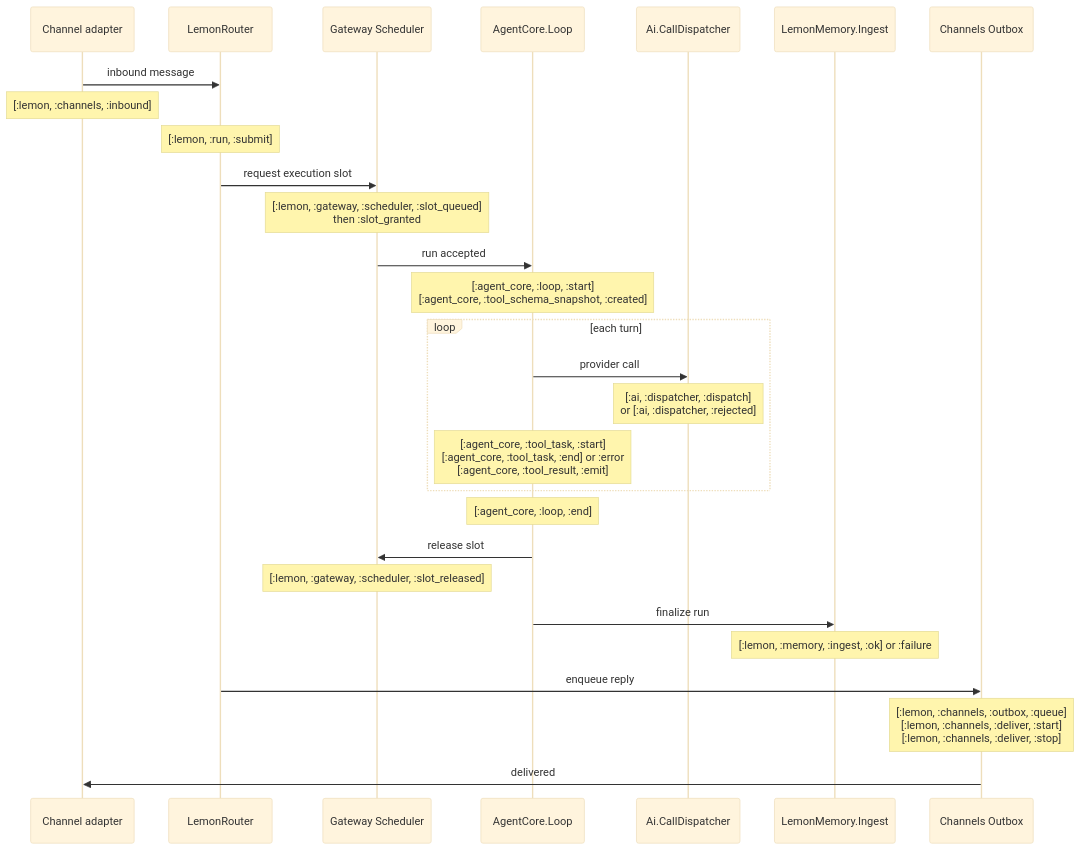
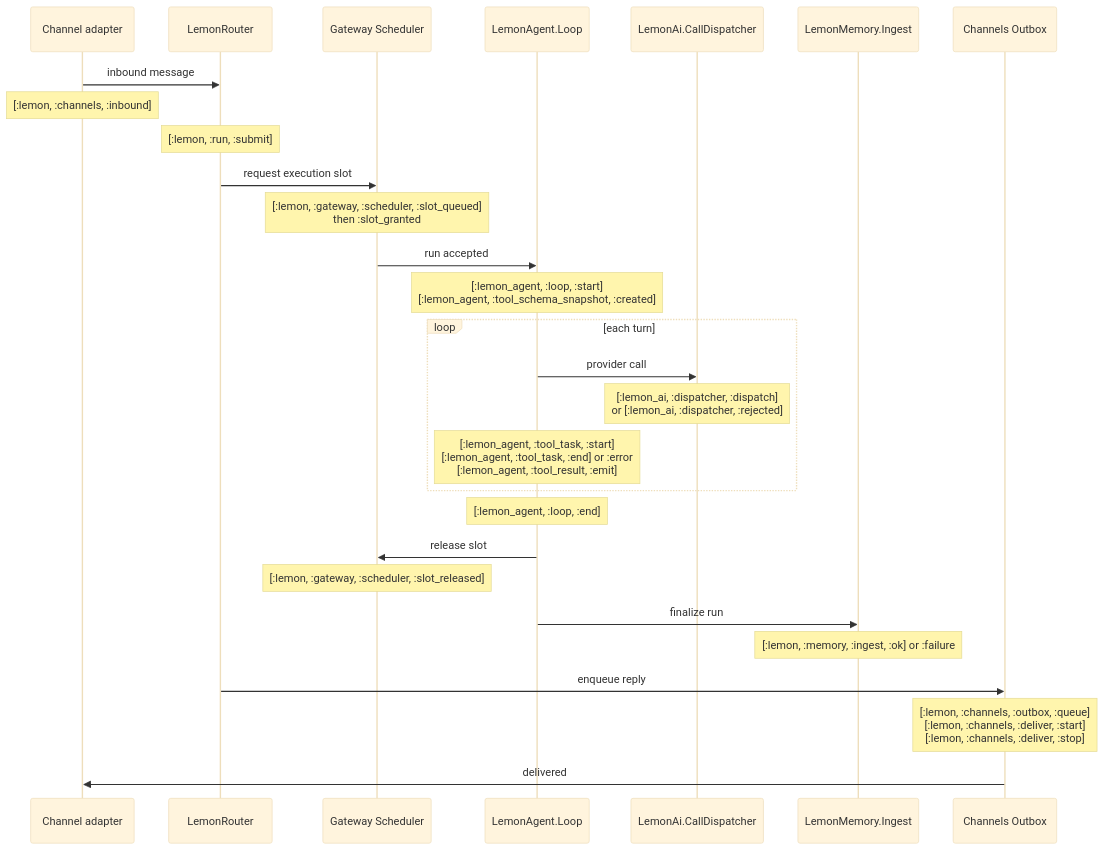
One commit to z80dev/lemon changed the diagram in docs/telemetry.md. Above: the diagram before and after it, drawn with Mermaid (base theme). The commit also changed other lines of this file and 1069 other files, not shown here.

````diff
--- a/docs/telemetry.md
+++ b/docs/telemetry.md
@@ -72,33 +72,33 @@
 ```mermaid
 sequenceDiagram
     participant Ch as Channel adapter
     participant R as LemonRouter
     participant S as Gateway Scheduler
-    participant L as AgentCore.Loop
-    participant P as Ai.CallDispatcher
+    participant L as LemonAgent.Loop
+    participant P as LemonAi.CallDispatcher
     participant M as LemonMemory.Ingest
     participant O as Channels Outbox
 
     Ch->>R: inbound message
     Note over Ch: [:lemon, :channels, :inbound]
     Note over R: [:lemon, :run, :submit]
     R->>S: request execution slot
     Note over S: [:lemon, :gateway, :scheduler, :slot_queued]<br/>then :slot_granted
     S->>L: run accepted
-    Note over L: [:agent_core, :loop, :start]<br/>[:agent_core, :tool_schema_snapshot, :created]
+    Note over L: [:lemon_agent, :loop, :start]<br/>[:lemon_agent, :tool_schema_snapshot, :created]
 
     loop each turn
         L->>P: provider call
-        Note over P: [:ai, :dispatcher, :dispatch]<br/>or [:ai, :dispatcher, :rejected]
-        Note over L: [:agent_core, :tool_task, :start]<br/>[:agent_core, :tool_task, :end] or :error<br/>[:agent_core, :tool_result, :emit]
+        Note over P: [:lemon_ai, :dispatcher, :dispatch]<br/>or [:lemon_ai, :dispatcher, :rejected]
+        Note over L: [:lemon_agent, :tool_task, :start]<br/>[:lemon_agent, :tool_task, :end] or :error<br/>[:lemon_agent, :tool_result, :emit]
     end
 
-    Note over L: [:agent_core, :loop, :end]
+    Note over L: [:lemon_agent, :loop, :end]
     L->>S: release slot
     Note over S: [:lemon, :gateway, :scheduler, :slot_released]
     L->>M: finalize run
     Note over M: [:lemon, :memory, :ingest, :ok] or :failure
     R->>O: enqueue reply
     Note over O: [:lemon, :channels, :outbox, :queue]<br/>[:lemon, :channels, :deliver, :start]<br/>[:lemon, :channels, :deliver, :stop]
     O->>Ch: delivered
 ```
````
